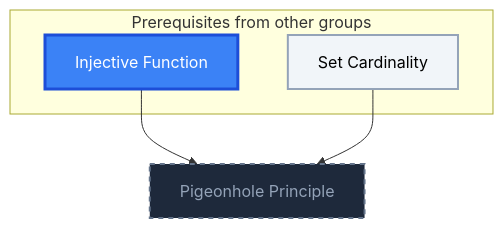
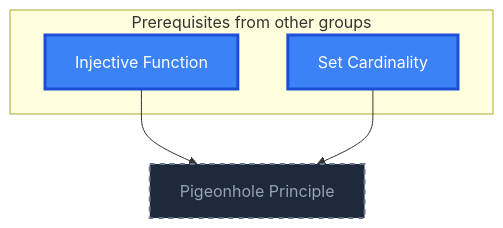
Before and after one commit to MRauf1/My-Notes: the first of 10 diagrams in Gamification/Skill Trees/Theoretical Computer Science.md, drawn with Mermaid. The commit also changed other lines of this file and 62 other files, not shown here.

````diff
--- a/Gamification/Skill Trees/Theoretical Computer Science.md
+++ b/Gamification/Skill Trees/Theoretical Computer Science.md
@@ -14,23 +17,22 @@
 ```mermaid
 flowchart TD
     classDef planned fill:#1E293B,stroke:#64748B,stroke-width:2px,stroke-dasharray:5 5,color:#94A3B8;
     classDef locked fill:#334155,stroke:#475569,stroke-width:2px,color:#94A3B8;
     classDef L0 fill:#F1F5F9,stroke:#94A3B8,stroke-width:2px,color:#000000;
     classDef L1 fill:#22C55E,stroke:#15803D,stroke-width:2px,color:#000000;
     classDef L2 fill:#3B82F6,stroke:#1D4ED8,stroke-width:3px,color:#FFFFFF;
     classDef L3 fill:#A855F7,stroke:#6B21A8,stroke-width:3px,color:#FFFFFF,font-weight:bold;
     classDef L4 fill:#F97316,stroke:#C2410C,stroke-width:4px,color:#000000,font-weight:bold;
     classDef L5 fill:#FFD700,stroke:#FF8C00,stroke-width:5px,color:#000000,font-weight:bold;
     classDef rusty stroke:#8B4513,stroke-width:4px,stroke-dasharray:3 3;
     subgraph sg_prereqs["Prerequisites from other groups"]
         n_injective_function["Injective Function"]
         n_set_cardinality["Set Cardinality"]
     end
     n_pigeonhole_principle["Pigeonhole Principle"]
     n_injective_function --> n_pigeonhole_principle
     n_set_cardinality --> n_pigeonhole_principle
     class n_pigeonhole_principle planned;
-    class n_set_cardinality L0;
-    class n_injective_function L2;
+    class n_injective_function,n_set_cardinality L2;
     class n_injective_function,n_set_cardinality internal-link;
 ```
````
